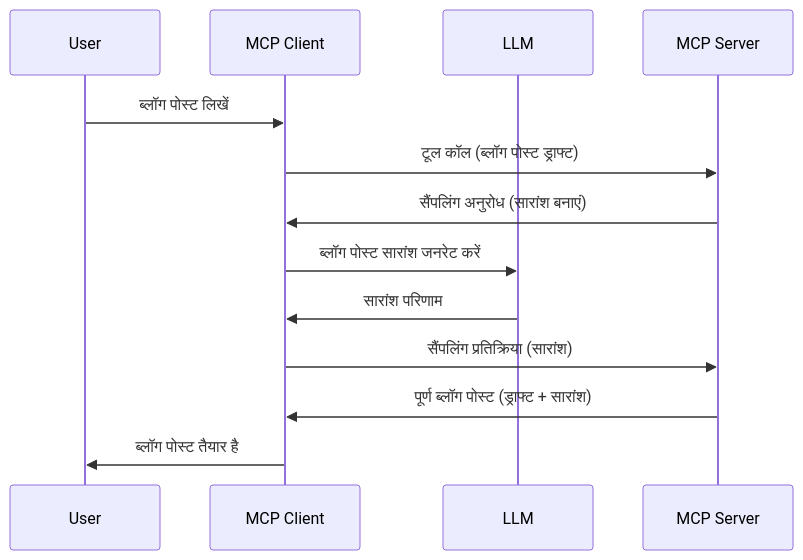
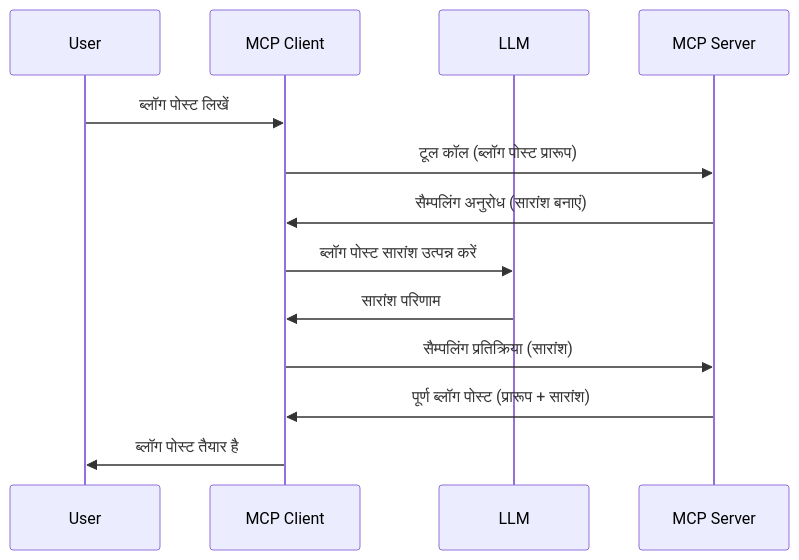
Before and after one commit to HIDORAKAI002/ai-workspace-archive: the diagram in mcp_ecosystem__model_context_protocol/mcp_learning_resources/mcp-for-beginners/translations/hi/03-GettingStarted/14-sampling/README.md, drawn with Mermaid. The commit also changed other lines of this file and 1160 other files, not shown here.

````diff
--- a/mcp_ecosystem__model_context_protocol/mcp_learning_resources/mcp-for-beginners/translations/hi/03-GettingStarted/14-sampling/README.md
+++ b/mcp_ecosystem__model_context_protocol/mcp_learning_resources/mcp-for-beginners/translations/hi/03-GettingStarted/14-sampling/README.md
@@ -23,16 +23,16 @@
 ```mermaid
 sequenceDiagram
     participant User
     participant MCP Client
     participant LLM
     participant MCP Server
 
     User->>MCP Client: ब्लॉग पोस्ट लिखें
-    MCP Client->>MCP Server: टूल कॉल (ब्लॉग पोस्ट ड्राफ्ट)
-    MCP Server->>MCP Client: सैंपलिंग अनुरोध (सारांश बनाएं)
-    MCP Client->>LLM: ब्लॉग पोस्ट सारांश जनरेट करें
+    MCP Client->>MCP Server: टूल कॉल (ब्लॉग पोस्ट प्रारूप)
+    MCP Server->>MCP Client: सैम्पलिंग अनुरोध (सारांश बनाएं)
+    MCP Client->>LLM: ब्लॉग पोस्ट सारांश उत्पन्न करें
     LLM->>MCP Client: सारांश परिणाम
-    MCP Client->>MCP Server: सैंपलिंग प्रतिक्रिया (सारांश)
-    MCP Server->>MCP Client: पूर्ण ब्लॉग पोस्ट (ड्राफ्ट + सारांश)
+    MCP Client->>MCP Server: सैम्पलिंग प्रतिक्रिया (सारांश)
+    MCP Server->>MCP Client: पूर्ण ब्लॉग पोस्ट (प्रारूप + सारांश)
     MCP Client->>User: ब्लॉग पोस्ट तैयार है
-```  
+```
````
